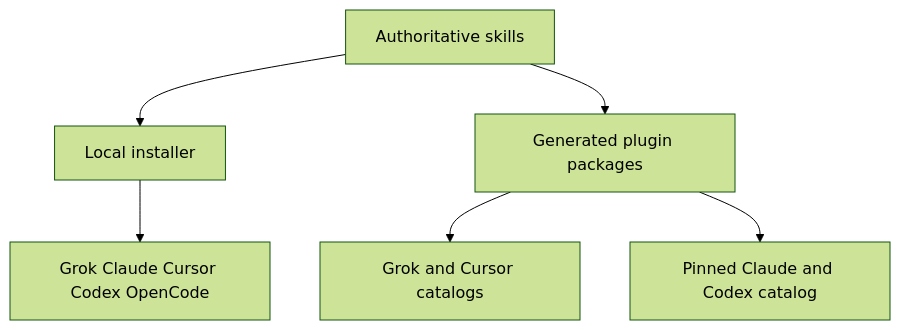
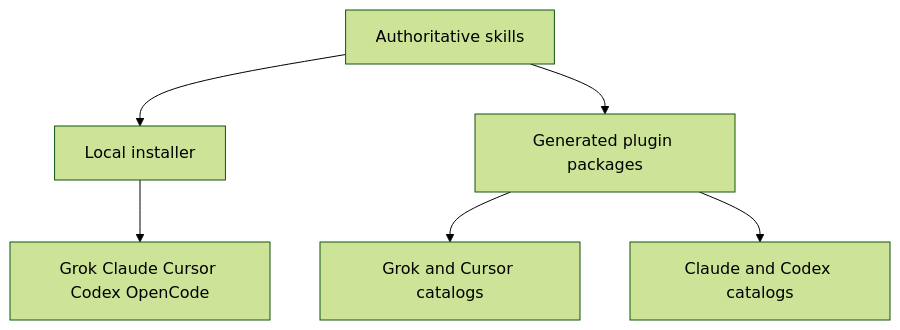
Before and after one commit to whichguy/skill-craft: the diagram in docs/distribution.md, drawn with Mermaid (forest theme). The commit also changed other lines of this file and 16 other files, not shown here.

````diff
--- a/docs/distribution.md
+++ b/docs/distribution.md
@@ -3,8 +3,8 @@
 ```mermaid
 flowchart TD
   S[Authoritative skills] --> I[Local installer]
   I --> H[Grok Claude Cursor Codex OpenCode]
   S --> P[Generated plugin packages]
   P --> N[Grok and Cursor catalogs]
-  P --> M[Pinned Claude and Codex catalog]
+  P --> M[Claude and Codex catalogs]
 ```
````
